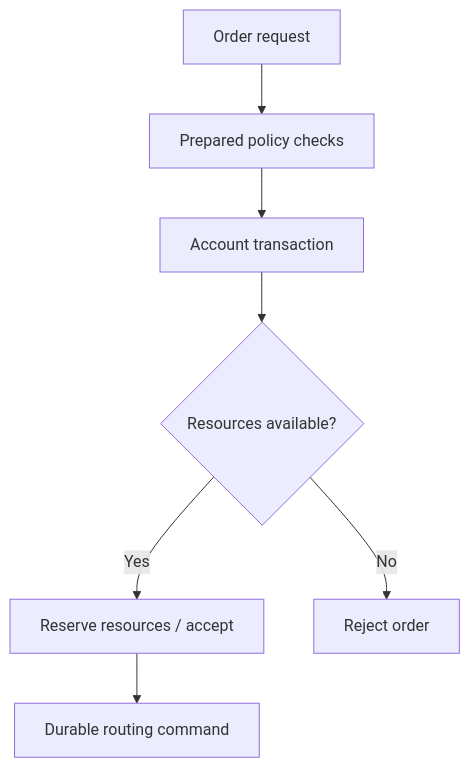
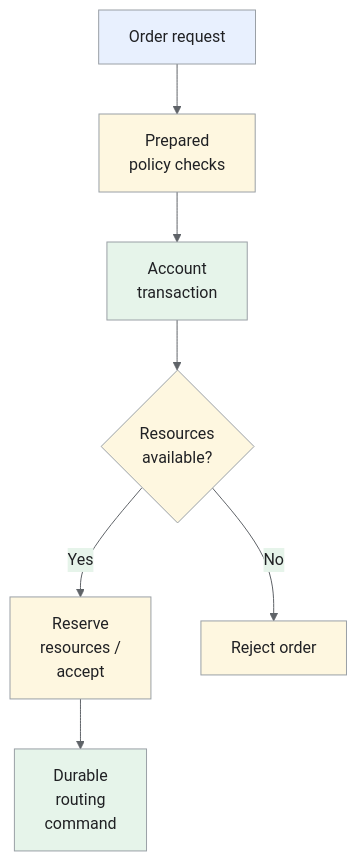
One commit to iliazlobin/iliazlobin.github.io changed the fifth of 5 diagrams in _designs/system-design-stock-trading-platform.md. Above: the diagram before and after it, drawn with Mermaid. The commit also changed other lines of this file and 131 other files, not shown here.

````diff
--- a/_designs/system-design-stock-trading-platform.md
+++ b/_designs/system-design-stock-trading-platform.md
@@ -268,9 +384,17 @@
 ```mermaid
+%%{init: {"theme":"base","themeVariables":{"primaryColor":"#e8f0fe","primaryBorderColor":"#9aa0a6","primaryTextColor":"#202124","secondaryColor":"#e6f4ea","tertiaryColor":"#fef7e0","lineColor":"#5f6368","actorBkg":"#e8f0fe","actorBorder":"#9aa0a6","actorTextColor":"#202124","noteBkgColor":"#fef7e0","noteBorderColor":"#9aa0a6","noteTextColor":"#202124","signalColor":"#5f6368","signalTextColor":"#202124"}}}%%
 flowchart TB
-  O[Order request] --> P[Prepared policy checks]
-  P --> T[Account transaction]
-  T --> C{Resources available?}
-  C -->|Yes| A[Reserve resources / accept]
+  O[Order request] --> P["Prepared<br>policy checks"]
+  P --> T["Account<br>transaction"]
+  T --> C{"Resources<br>available?"}
+  C -->|Yes| A["Reserve<br>resources /<br>accept"]
   C -->|No| R[Reject order]
-  A --> D[Durable routing command]
+  A --> D["Durable<br>routing<br>command"]
+classDef request fill:#e8f0fe,stroke:#9aa0a6,color:#202124;
+classDef data fill:#e6f4ea,stroke:#9aa0a6,color:#202124;
+classDef control fill:#fef7e0,stroke:#9aa0a6,color:#202124;
+class O request;
+class T,D data;
+class P,C,A,R control;
+
 ```
````
